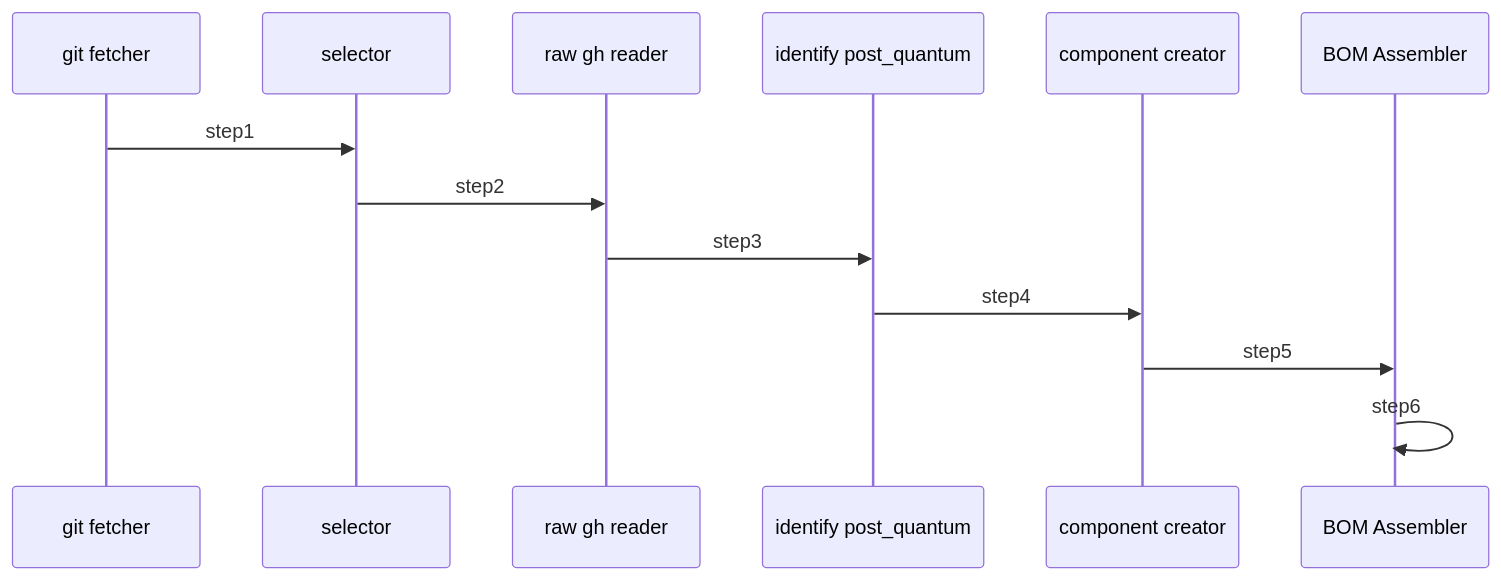
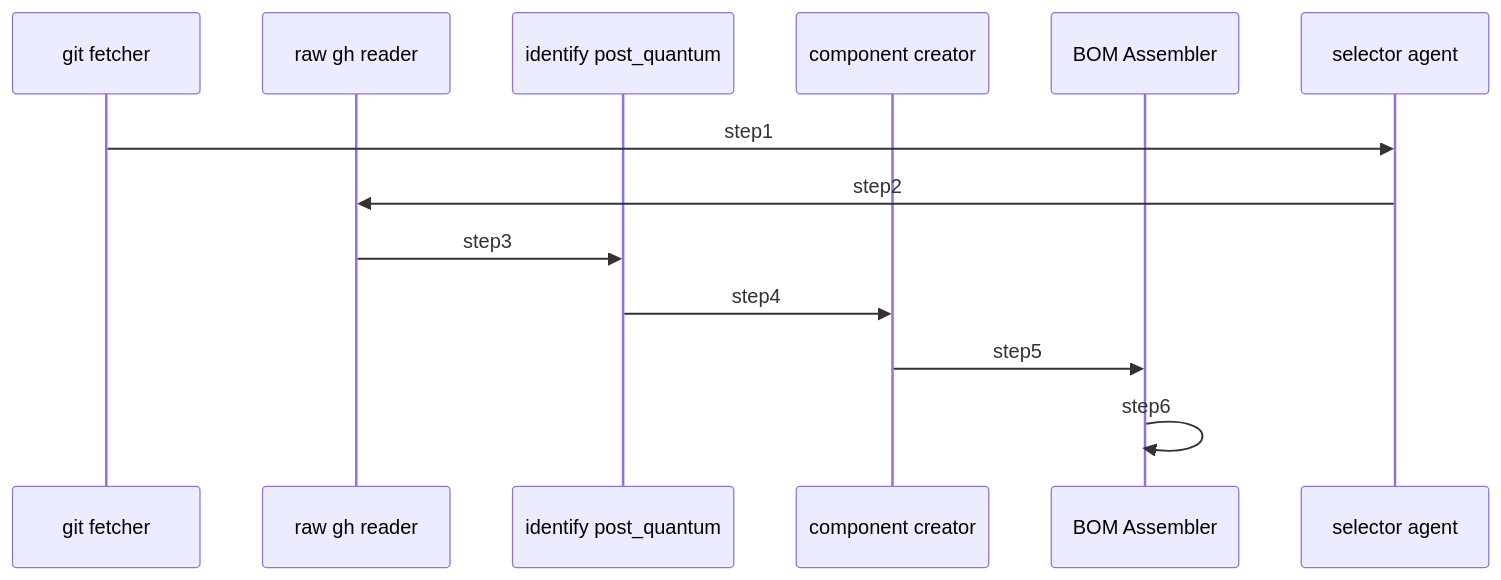
One commit to i-am-bee/beeai-labs changed the diagram in demos/workflows/cbom.ai/README.md. Above: the diagram before and after it, drawn with Mermaid.

Commit message:
updated mermaid diagram

````diff
--- a/demos/workflows/cbom.ai/README.md
+++ b/demos/workflows/cbom.ai/README.md
@@ -58,15 +58,15 @@
 ```mermaid
 sequenceDiagram
 participant git fetcher
-participant selector
 participant raw gh reader
 participant identify post_quantum
 participant component creator
 participant BOM Assembler
-git fetcher->>selector: step1
-selector->>raw gh reader: step2
+participant selector agent
+git fetcher->>selector agent: step1
+selector agent->>raw gh reader: step2
 raw gh reader->>identify post_quantum: step3
 identify post_quantum->>component creator: step4
 component creator->>BOM Assembler: step5
 BOM Assembler->>BOM Assembler: step6
 ```
````
